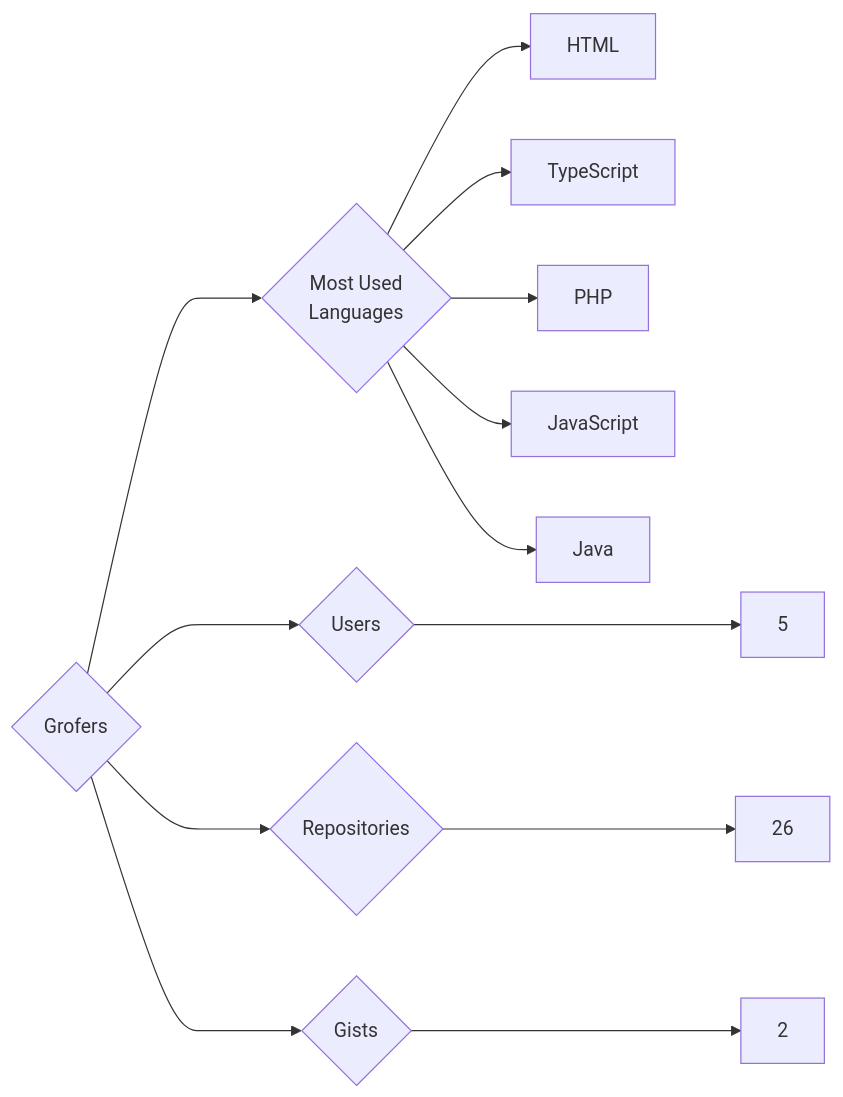
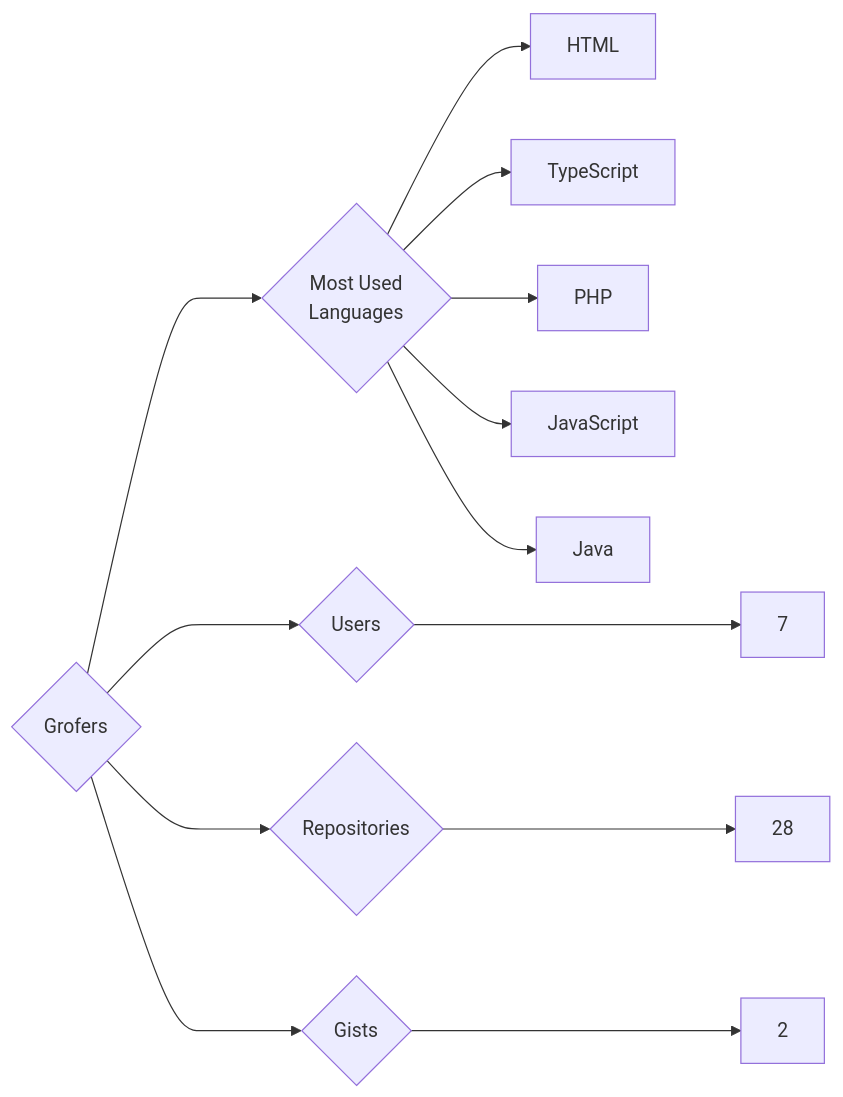
The diagram in targets/Grofers/README.md (trickest/insiders), drawn with Mermaid before and after one commit. The commit also changed 985 other files, not shown here.

````diff
--- a/targets/Grofers/README.md
+++ b/targets/Grofers/README.md
@@ -3,13 +3,13 @@
 ```mermaid
 graph LR
 COMPANY_NAME{Grofers}
-COMPANY_NAME ---> U{Users} ---> UN[5]
-COMPANY_NAME ---> R{Repositories} ---> RN[26]
+COMPANY_NAME ---> U{Users} ---> UN[7]
+COMPANY_NAME ---> R{Repositories} ---> RN[28]
 COMPANY_NAME ---> G{Gists} ---> GN[2]
 COMPANY_NAME ---> ML{Most Used<br>Languages}
 ML --> HTML[HTML]
 ML --> TypeScript[TypeScript]
 ML --> PHP[PHP]
 ML --> JavaScript[JavaScript]
 ML --> Java[Java]
 ```
````
